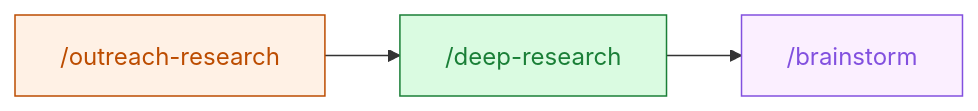
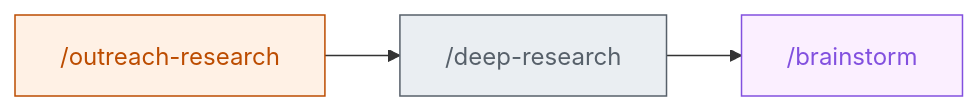
One commit to DoctorMozg/claude-pipelines changed the sixth of 9 diagrams in README.md. Above: the diagram before and after it, drawn with Mermaid. The commit also changed other lines of this file, not shown here.

````diff
--- a/README.md
+++ b/README.md
@@ -108,8 +110,8 @@
 ```mermaid
 flowchart LR
-    A["/outreach-research"]:::outreach --> B["/deep-research"]:::pipe
+    A["/outreach-research"]:::outreach --> B["/deep-research"]:::research
     B --> C["/brainstorm"]:::creative
     classDef outreach fill:#fff1e5,stroke:#bc4c00,color:#bc4c00
-    classDef pipe fill:#dafbe1,stroke:#1a7f37,color:#1a7f37
+    classDef research fill:#eaeef2,stroke:#57606a,color:#57606a
     classDef creative fill:#fbefff,stroke:#8250df,color:#8250df
 ```
````
